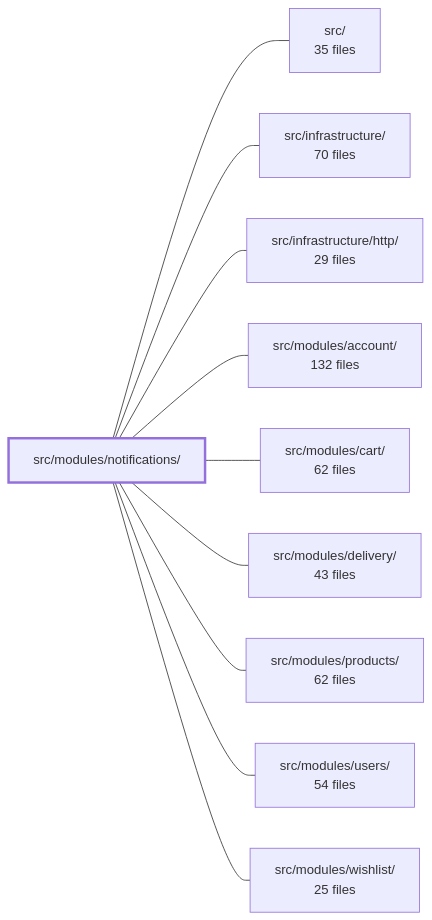
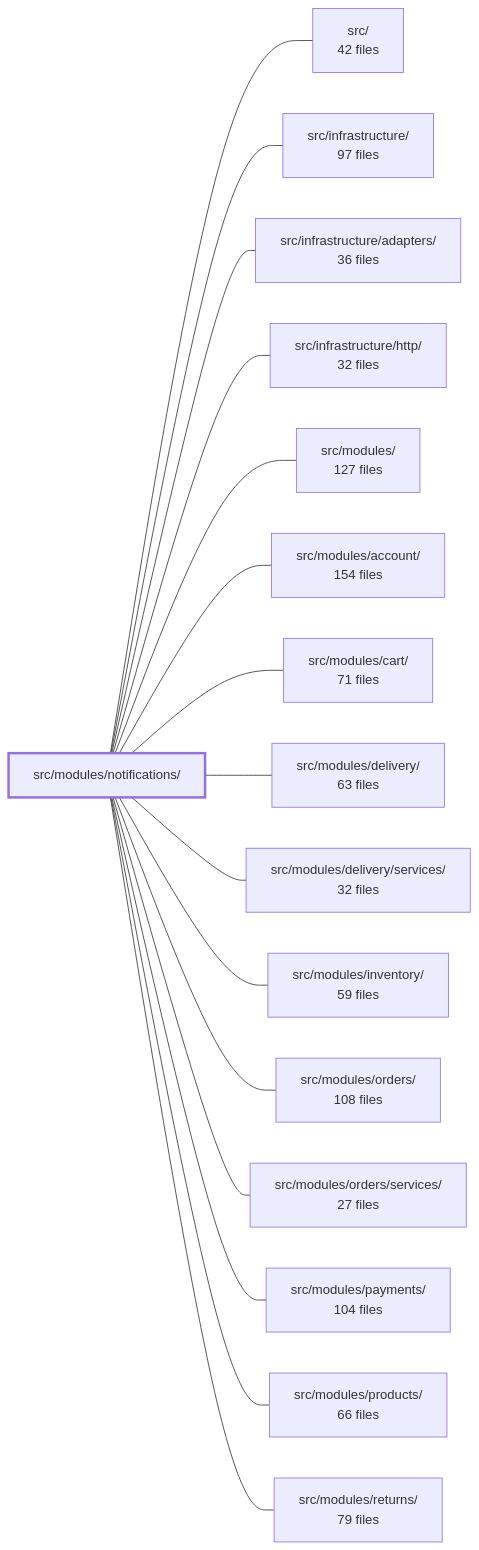
The diagram in .2brain/modules/boilerplate-node-backend_src_modules_notifications.md (Guebbit/boilerplate-node-backend), drawn with Mermaid before and after one commit. The commit also changed other lines of this file and 1775 other files, not shown here.

````diff
--- a/.2brain/modules/boilerplate-node-backend_src_modules_notifications.md
+++ b/.2brain/modules/boilerplate-node-backend_src_modules_notifications.md
@@ -41,23 +43,35 @@
 ```mermaid
 flowchart LR
     m_src_modules_notifications["src/modules/notifications/"]
-    m_src["src/<br/>35 files"]
-    m_src_infrastructure["src/infrastructure/<br/>70 files"]
-    m_src_infrastructure_http["src/infrastructure/http/<br/>29 files"]
-    m_src_modules_account["src/modules/account/<br/>132 files"]
-    m_src_modules_cart["src/modules/cart/<br/>62 files"]
-    m_src_modules_delivery["src/modules/delivery/<br/>43 files"]
-    m_src_modules_products["src/modules/products/<br/>62 files"]
-    m_src_modules_users["src/modules/users/<br/>54 files"]
-    m_src_modules_wishlist["src/modules/wishlist/<br/>25 files"]
+    m_src["src/<br/>42 files"]
+    m_src_infrastructure["src/infrastructure/<br/>97 files"]
+    m_src_infrastructure_adapters["src/infrastructure/adapters/<br/>36 files"]
+    m_src_infrastructure_http["src/infrastructure/http/<br/>32 files"]
+    m_src_modules["src/modules/<br/>127 files"]
+    m_src_modules_account["src/modules/account/<br/>154 files"]
+    m_src_modules_cart["src/modules/cart/<br/>71 files"]
+    m_src_modules_delivery["src/modules/delivery/<br/>63 files"]
+    m_src_modules_delivery_services["src/modules/delivery/services/<br/>32 files"]
+    m_src_modules_inventory["src/modules/inventory/<br/>59 files"]
+    m_src_modules_orders["src/modules/orders/<br/>108 files"]
+    m_src_modules_orders_services["src/modules/orders/services/<br/>27 files"]
+    m_src_modules_payments["src/modules/payments/<br/>104 files"]
+    m_src_modules_products["src/modules/products/<br/>66 files"]
+    m_src_modules_returns["src/modules/returns/<br/>79 files"]
     m_src_modules_notifications --- m_src
     m_src_modules_notifications --- m_src_infrastructure
+    m_src_modules_notifications --- m_src_infrastructure_adapters
     m_src_modules_notifications --- m_src_infrastructure_http
+    m_src_modules_notifications --- m_src_modules
     m_src_modules_notifications --- m_src_modules_account
     m_src_modules_notifications --- m_src_modules_cart
     m_src_modules_notifications --- m_src_modules_delivery
+    m_src_modules_notifications --- m_src_modules_delivery_services
+    m_src_modules_notifications --- m_src_modules_inventory
+    m_src_modules_notifications --- m_src_modules_orders
+    m_src_modules_notifications --- m_src_modules_orders_services
+    m_src_modules_notifications --- m_src_modules_payments
     m_src_modules_notifications --- m_src_modules_products
-    m_src_modules_notifications --- m_src_modules_users
-    m_src_modules_notifications --- m_src_modules_wishlist
+    m_src_modules_notifications --- m_src_modules_returns
     style m_src_modules_notifications stroke-width:3px
 ```
````
